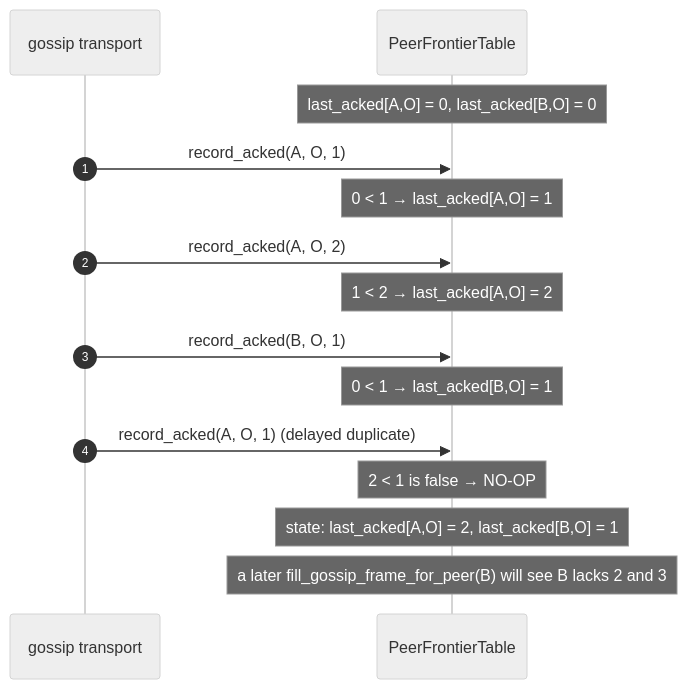
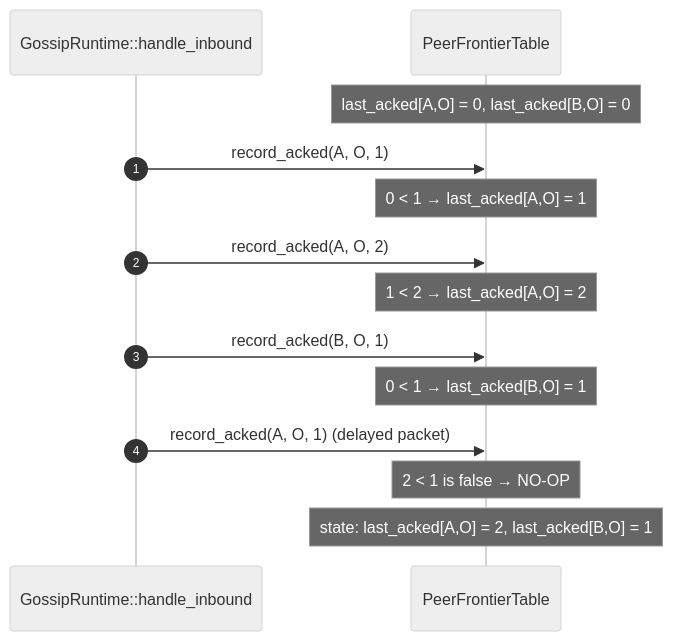
One commit to prosody-events/gabion changed diagram 21 of 21 in crates/gabion/CRDT.md. Above: the diagram before and after it, drawn with Mermaid (neutral theme). The commit also changed other lines of this file and 33 other files, not shown here.

````diff
--- a/crates/gabion/CRDT.md
+++ b/crates/gabion/CRDT.md
@@ -1312,23 +1313,21 @@
 ```mermaid
 sequenceDiagram
     autonumber
-    participant Tx as gossip transport
+    participant Rx as GossipRuntime::handle_inbound
     participant F as PeerFrontierTable
     Note over F: last_acked[A,O] = 0, last_acked[B,O] = 0
 
-    Tx->>F: record_acked(A, O, 1)
+    Rx->>F: record_acked(A, O, 1)
     Note over F: 0 < 1 → last_acked[A,O] = 1
 
-    Tx->>F: record_acked(A, O, 2)
+    Rx->>F: record_acked(A, O, 2)
     Note over F: 1 < 2 → last_acked[A,O] = 2
 
-    Tx->>F: record_acked(B, O, 1)
+    Rx->>F: record_acked(B, O, 1)
     Note over F: 0 < 1 → last_acked[B,O] = 1
 
-    Tx->>F: record_acked(A, O, 1)   (delayed duplicate)
+    Rx->>F: record_acked(A, O, 1)   (delayed packet)
     Note over F: 2 < 1 is false → NO-OP
 
     Note over F: state: last_acked[A,O] = 2, last_acked[B,O] = 1
-
-    Note over F: a later fill_gossip_frame_for_peer(B) will see B lacks 2 and 3
 ```
````
